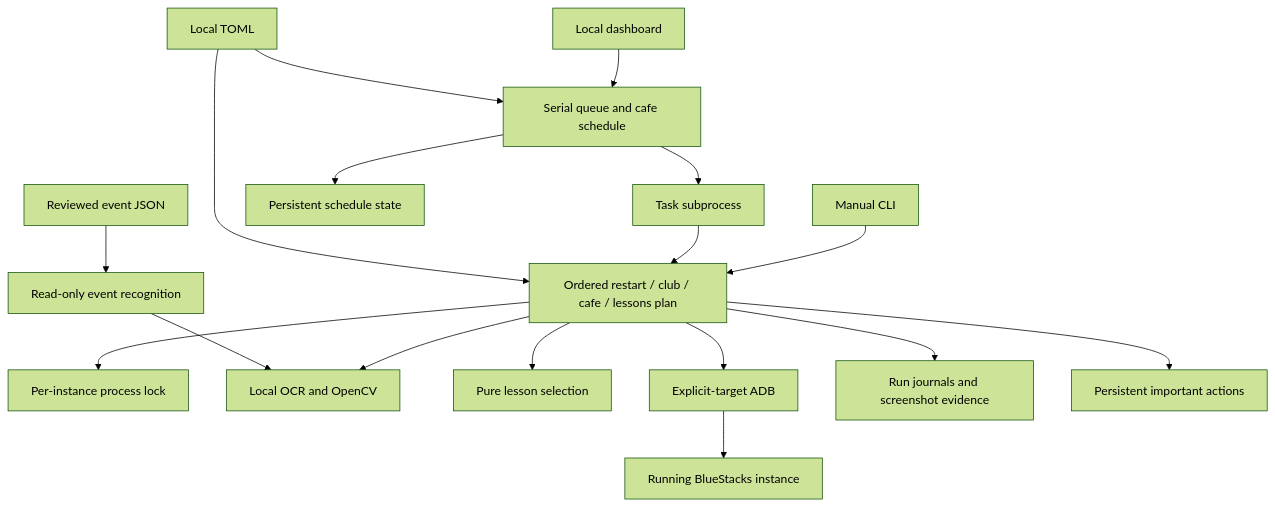
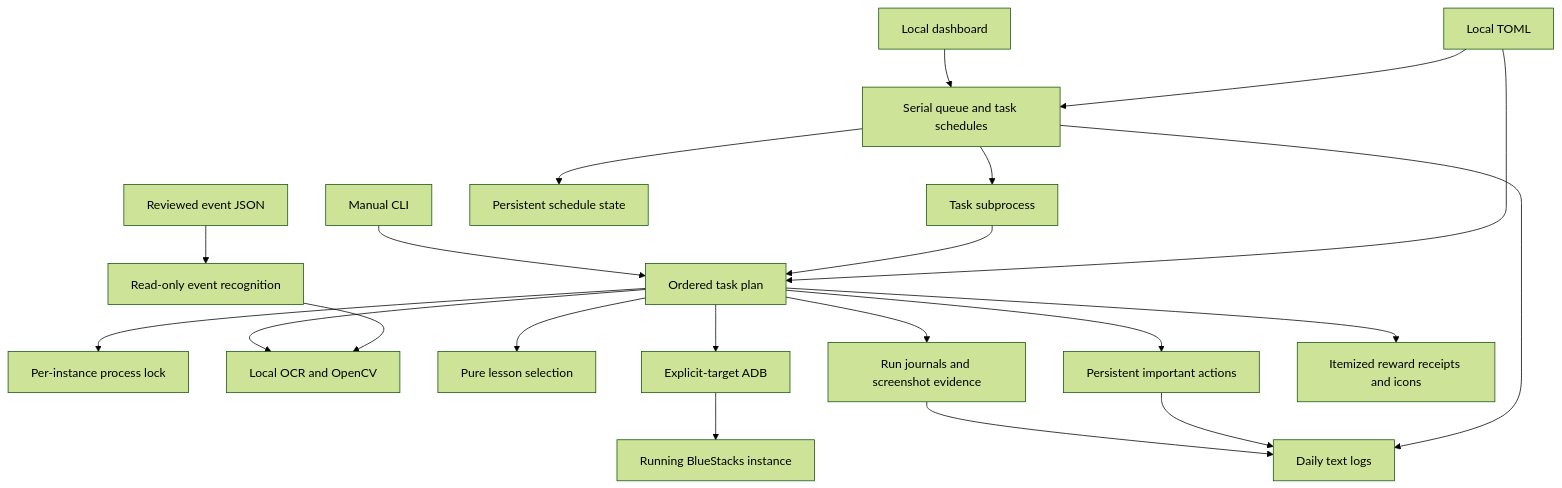
The diagram in docs/architecture.md (davidmwest/blue-archive-automator), drawn with Mermaid (forest theme) before and after one commit. The commit also changed other lines of this file and 19 other files, not shown here.

Commit message:
Add durable daily logs and clarify historical loot reviews

````diff
--- a/docs/architecture.md
+++ b/docs/architecture.md
@@ -15,19 +17,23 @@
 ```mermaid
 flowchart TD
-    UI[Local dashboard] --> Server[Serial queue and cafe schedule]
+    UI[Local dashboard] --> Server[Serial queue and task schedules]
     Server --> CLI[Task subprocess]
-    Manual[Manual CLI] --> Tasks[Ordered restart / club / cafe / lessons plan]
+    Manual[Manual CLI] --> Tasks[Ordered task plan]
     CLI --> Tasks
     Config[Local TOML] --> Server
     Config --> Tasks
     Tasks --> Lock[Per-instance process lock]
     Tasks --> Vision[Local OCR and OpenCV]
     Tasks --> Planner[Pure lesson selection]
     Tasks --> ADB[Explicit-target ADB]
     ADB --> Game[Running BlueStacks instance]
     Tasks --> Trace[Run journals and screenshot evidence]
     Tasks --> Actions[Persistent important actions]
+    Tasks --> Loot[Itemized reward receipts and icons]
+    Trace --> Logs[Daily text logs]
+    Actions --> Logs
+    Server --> Logs
     Server --> Schedule[Persistent schedule state]
     Profiles[Reviewed event JSON] --> Recognition[Read-only event recognition]
     Recognition --> Vision
 ```
````
